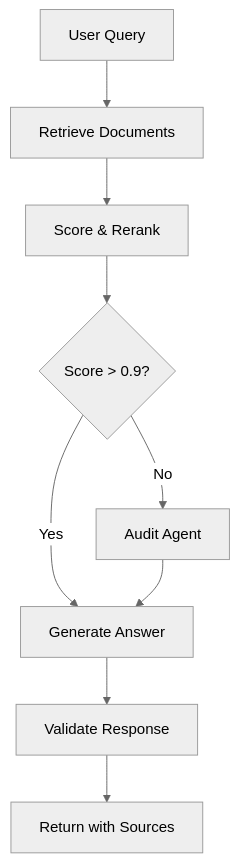
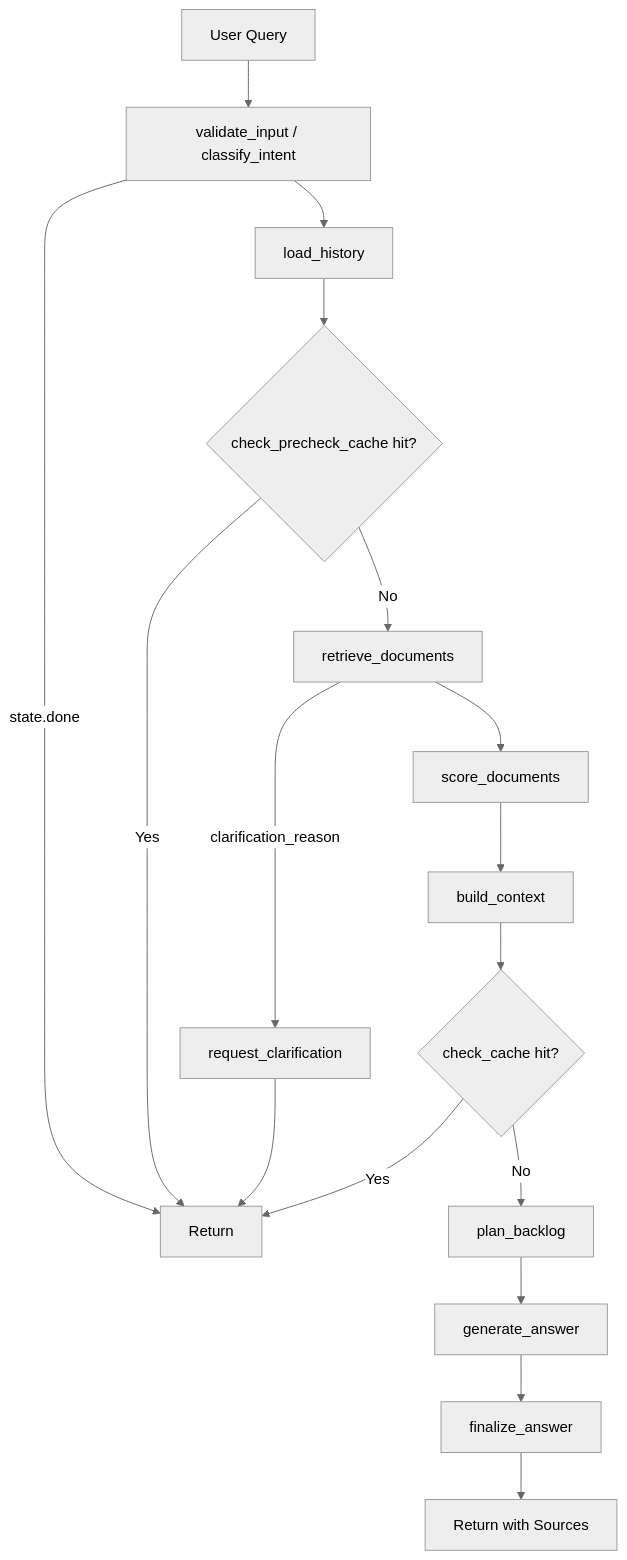
The first of 2 diagrams in mkdocs-site/docs/core-modules/chat.md (baselithcore/baselithcore), drawn with Mermaid (neutral theme) before and after one commit. The commit also changed other lines of this file and 116 other files, not shown here.

Commit message:
docs: update documentation across all core modules, plugins, and architecture guides alongside internal core logic refinements and test suite updates.

````diff
--- a/mkdocs-site/docs/core-modules/chat.md
+++ b/mkdocs-site/docs/core-modules/chat.md
@@ -95,11 +104,18 @@
 ```mermaid
 graph TD
-    A[User Query] --> B[Retrieve Documents]
-    B --> C[Score & Rerank]
-    C --> D{Score > 0.9?}
-    D -- Yes --> F[Generate Answer]
-    D -- No --> E[Audit Agent]
-    E --> F
-    F --> G[Validate Response]
-    G --> H[Return with Sources]
+    A[User Query] --> B[validate_input / classify_intent]
+    B -- state.done --> Z[Return]
+    B --> C[load_history]
+    C --> D{check_precheck_cache hit?}
+    D -- Yes --> Z
+    D -- No --> E[retrieve_documents]
+    E -- clarification_reason --> Y[request_clarification] --> Z
+    E --> F[score_documents]
+    F --> G[build_context]
+    G --> H{check_cache hit?}
+    H -- Yes --> Z
+    H -- No --> I[plan_backlog]
+    I --> J[generate_answer]
+    J --> K[finalize_answer]
+    K --> L[Return with Sources]
 ```
````
